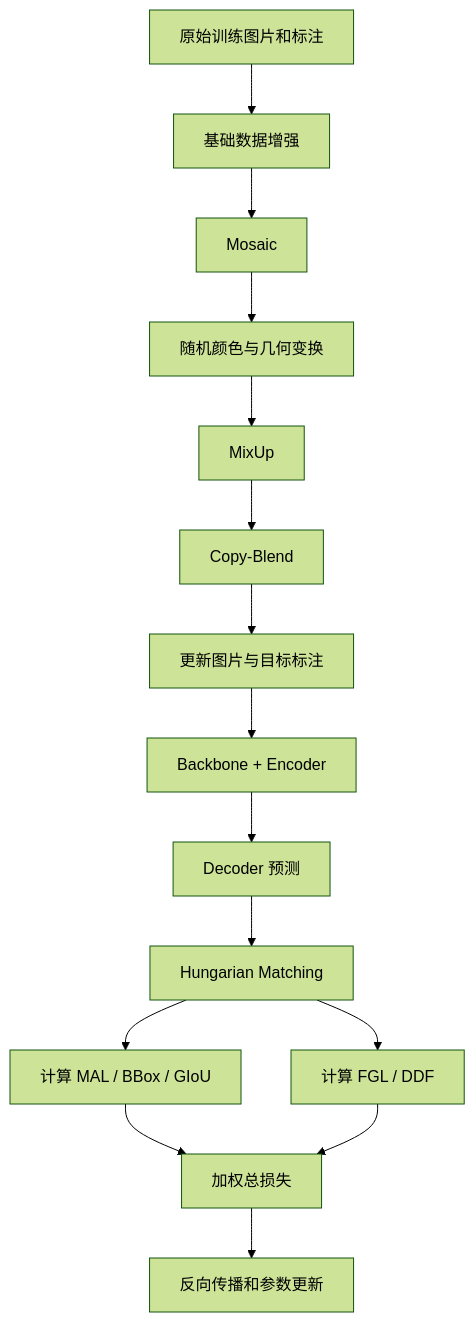
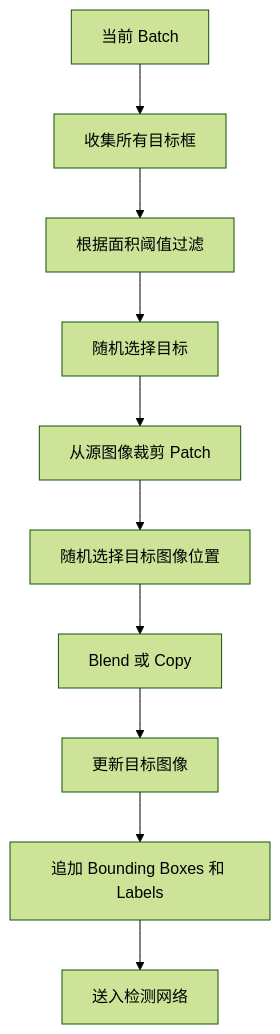
One commit to zhanghuiwan/knowledge-base changed the seventh of 7 diagrams in website/articles/deimv2/index.md. Above: the diagram before and after it, drawn with Mermaid (forest theme). The commit also changed other lines of this file, not shown here.

```diff
--- a/website/articles/deimv2/index.md
+++ b/website/articles/deimv2/index.md
@@ -582,17 +918,12 @@
 ~~~mermaid
 flowchart TD
-    A["原始训练图片和标注"] --> B["基础数据增强"]
-    B --> C["Mosaic"]
-    C --> D["随机颜色与几何变换"]
-    D --> E["MixUp"]
-    E --> F["Copy-Blend"]
-    F --> G["更新图片与目标标注"]
-    G --> H["Backbone + Encoder"]
-    H --> I["Decoder 预测"]
-    I --> J["Hungarian Matching"]
-    J --> K["计算 MAL / BBox / GIoU"]
-    J --> L["计算 FGL / DDF"]
-    K --> M["加权总损失"]
-    L --> M
-    M --> N["反向传播和参数更新"]
+    A["当前 Batch"] --> B["收集所有目标框"]
+    B --> C["根据面积阈值过滤"]
+    C --> D["随机选择目标"]
+    D --> E["从源图像裁剪 Patch"]
+    E --> F["随机选择目标图像位置"]
+    F --> G["Blend 或 Copy"]
+    G --> H["更新目标图像"]
+    H --> I["追加 Bounding Boxes 和 Labels"]
+    I --> J["送入检测网络"]
 ~~~
```
